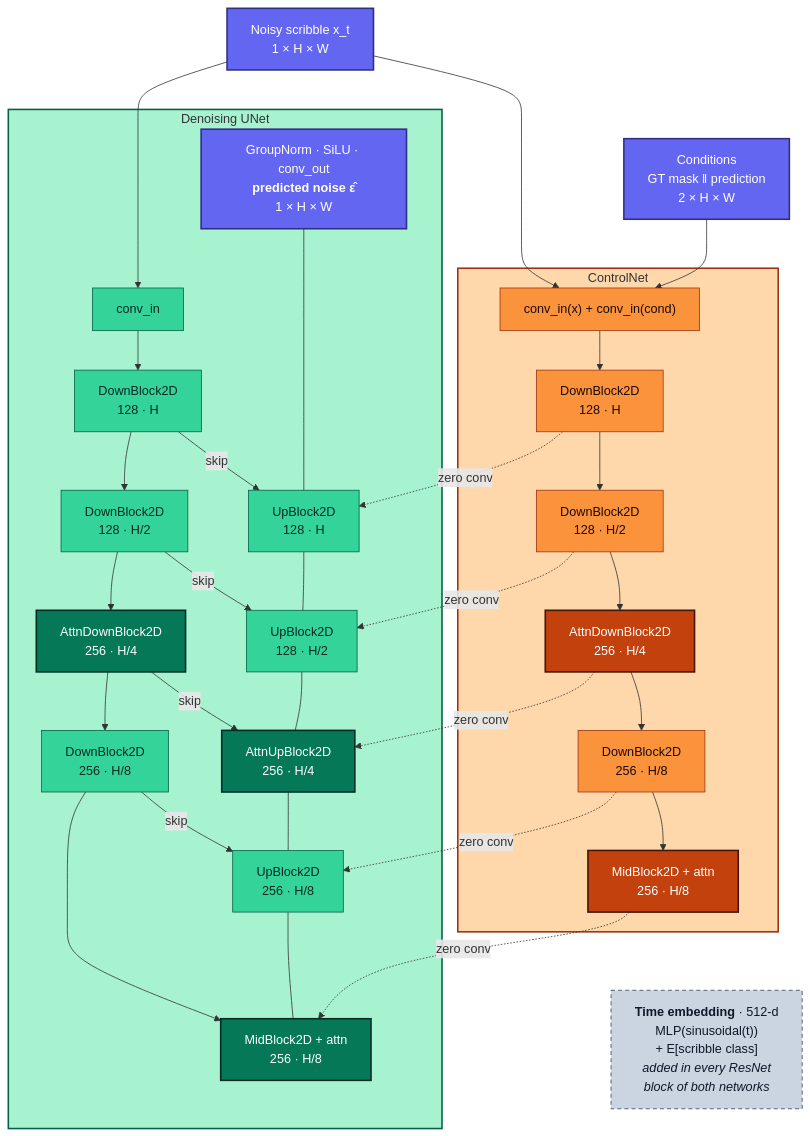
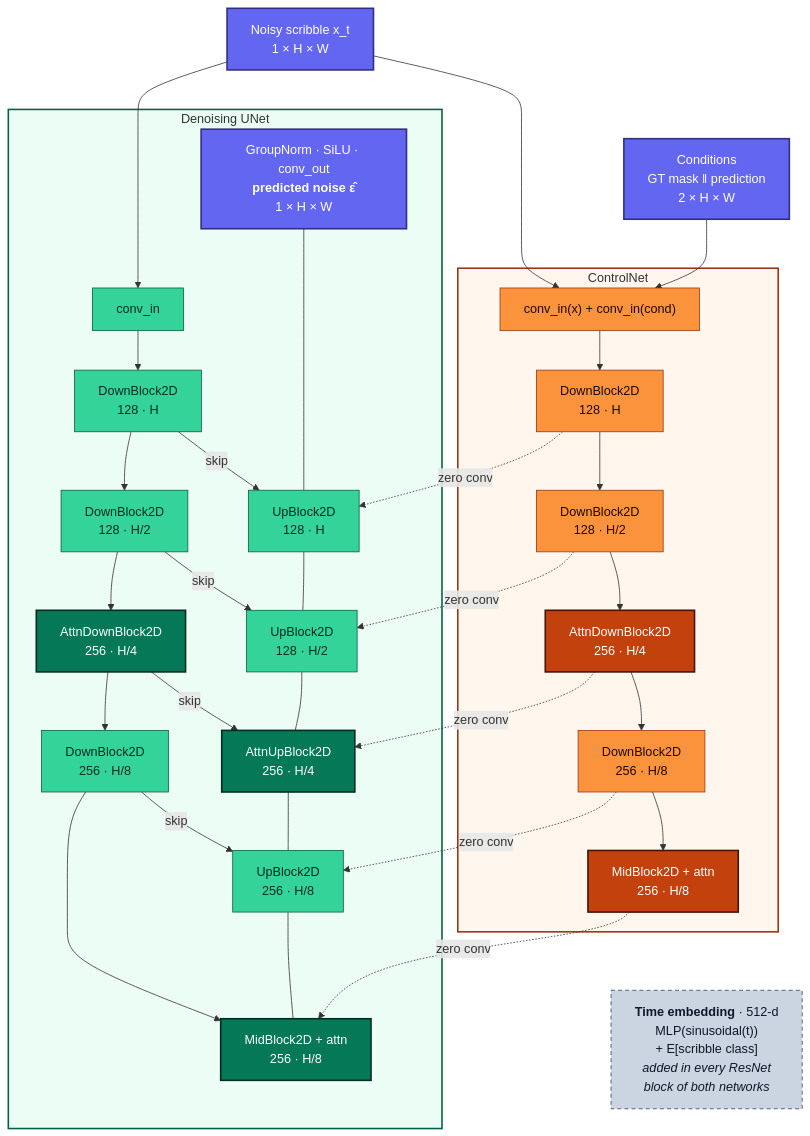
The diagram in docs/unetControlnetBold.mmd (mtaal/scribble-diffusion), drawn with Mermaid before and after one commit. The commit also changed 1 other file, not shown here.

Commit message:
Lighten subgraph backgrounds in architecture diagram

```diff
--- a/docs/unetControlnetBold.mmd
+++ b/docs/unetControlnetBold.mmd
@@ -1,57 +1,57 @@
 flowchart TB
     X["Noisy scribble x_t<br/>1 × H × W"]
     C["Conditions<br/>GT mask ‖ prediction<br/>2 × H × W"]
 
     subgraph CN["ControlNet"]
         CIN["conv_in(x) + conv_in(cond)"] --> CD1["DownBlock2D<br/>128 · H"]
         CD1 --> CD2["DownBlock2D<br/>128 · H/2"]
         CD2 --> CD3["AttnDownBlock2D<br/>256 · H/4"]
         CD3 --> CD4["DownBlock2D<br/>256 · H/8"]
         CD4 --> CMID["MidBlock2D + attn<br/>256 · H/8"]
     end
 
 
     subgraph UNET["Denoising UNet"]
         UIN["conv_in"] --> UD1["DownBlock2D<br/>128 · H"]
         UD1 --> UD2["DownBlock2D<br/>128 · H/2"]
         UD2 --> UD3["AttnDownBlock2D<br/>256 · H/4"]
         UD3 --> UD4["DownBlock2D<br/>256 · H/8"]
         UD4 --> UMID["MidBlock2D + attn<br/>256 · H/8"]
         UD1 -- "skip" --> UU4
         UD2 -- "skip" --> UU3
         UD3 -- "skip" --> UU2
         UD4 -- "skip" --> UU1
         UU1["UpBlock2D<br/>256 · H/8"] --- UMID
         UU2["AttnUpBlock2D<br/>256 · H/4"] --- UU1
         UU3["UpBlock2D<br/>128 · H/2"] --- UU2
         UU4["UpBlock2D<br/>128 · H"] --- UU3
         UOUT["GroupNorm · SiLU · conv_out<br/><b>predicted noise ε̂</b><br/>1 × H × W"] ----- UU4
     end
 
     TEMB["<b>Time embedding</b> · 512-d<br/>MLP(sinusoidal(t))<br/>+ E[scribble class]<br/><i>added in every ResNet<br/>block of both networks</i>"]
     CMID ~~~ TEMB
 
     X ---> UIN
     X --> CIN
     C --> CIN
 
     CD1 -. "zero conv" .-> UU4
     CD2 -. "zero conv" .-> UU3
     CD3 -. "zero conv" .-> UU2
     CD4 -. "zero conv" .-> UU1
     CMID -. "zero conv" .-> UMID
 
     classDef note fill:#cbd5e1,stroke:#334155,color:#0f172a,stroke-dasharray:5 4
     classDef input fill:#6366f1,stroke:#312e81,color:#ffffff,stroke-width:2px
     classDef ctrl fill:#fb923c,stroke:#9a3412,color:#1c0a00
     classDef cattn fill:#c2410c,stroke:#431407,color:#ffffff,stroke-width:2px
     classDef unet fill:#34d399,stroke:#065f46,color:#022c22
     classDef attn fill:#047857,stroke:#022c22,color:#ffffff,stroke-width:2px
     class X,C,UOUT input
     class TEMB note
     class CIN,CD1,CD2,CD4 ctrl
     class CD3,CMID cattn
     class UIN,UD1,UD2,UD4,UU1,UU3,UU4 unet
     class UD3,UMID,UU2 attn
-    style CN fill:#fed7aa,stroke:#9a3412,stroke-width:2px
-    style UNET fill:#a7f3d0,stroke:#065f46,stroke-width:2px
+    style CN fill:#fff7ed,stroke:#9a3412,stroke-width:2px
+    style UNET fill:#ecfdf5,stroke:#065f46,stroke-width:2px
```
